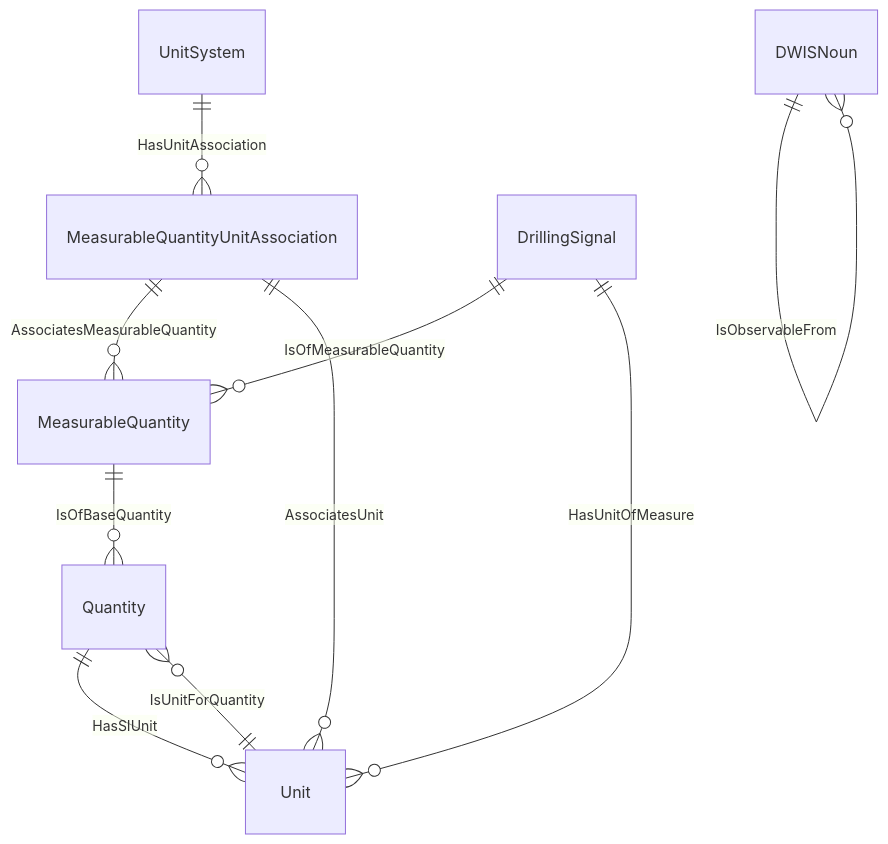
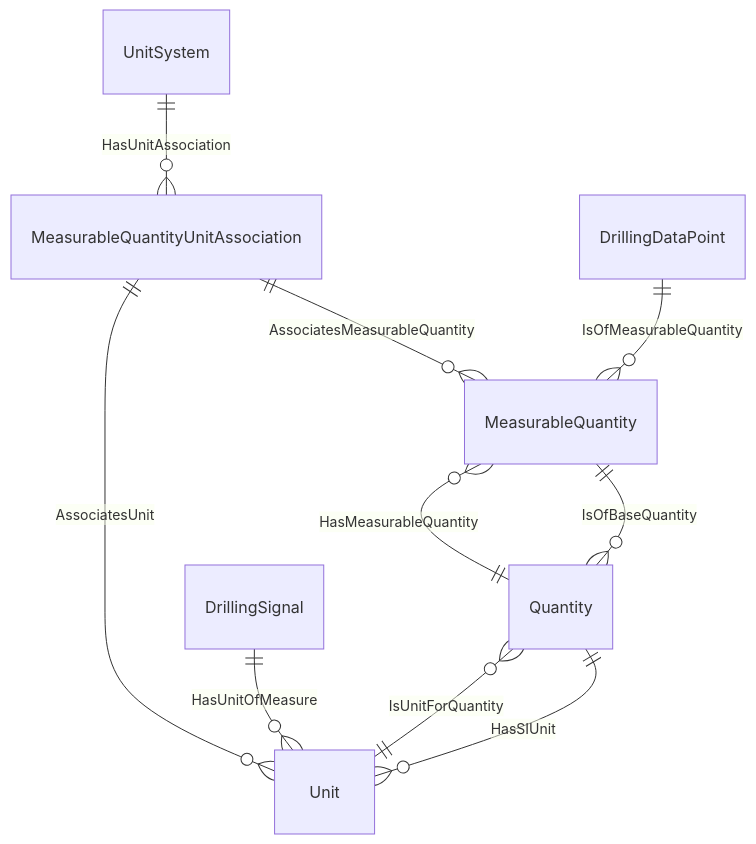
Before and after one commit to D-WIS/DDHub-Semantic-Interoperability: the ninth of 18 diagrams in docs/vocabulary_development/auto-generated/md/definition-files/Quantities.md, drawn with Mermaid. The commit also changed other lines of this file and 44 other files, not shown here.

````diff
--- a/docs/vocabulary_development/auto-generated/md/definition-files/Quantities.md
+++ b/docs/vocabulary_development/auto-generated/md/definition-files/Quantities.md
@@ -126,12 +282,12 @@
 ```mermaid
 erDiagram
 MeasurableQuantityUnitAssociation ||--o{ MeasurableQuantity : AssociatesMeasurableQuantity
 MeasurableQuantityUnitAssociation ||--o{ Unit : AssociatesUnit
 UnitSystem ||--o{ MeasurableQuantityUnitAssociation : HasUnitAssociation
-DWISNoun ||--o{ DWISNoun : IsObservableFrom
+Quantity ||--o{ MeasurableQuantity : HasMeasurableQuantity
 MeasurableQuantity ||--o{ Quantity : IsOfBaseQuantity
-DrillingSignal ||--o{ MeasurableQuantity : IsOfMeasurableQuantity
+DrillingDataPoint ||--o{ MeasurableQuantity : IsOfMeasurableQuantity
 Unit ||--o{ Quantity : IsUnitForQuantity
 Quantity ||--o{ Unit : HasSIUnit
 DrillingSignal ||--o{ Unit : HasUnitOfMeasure
 ```
````
